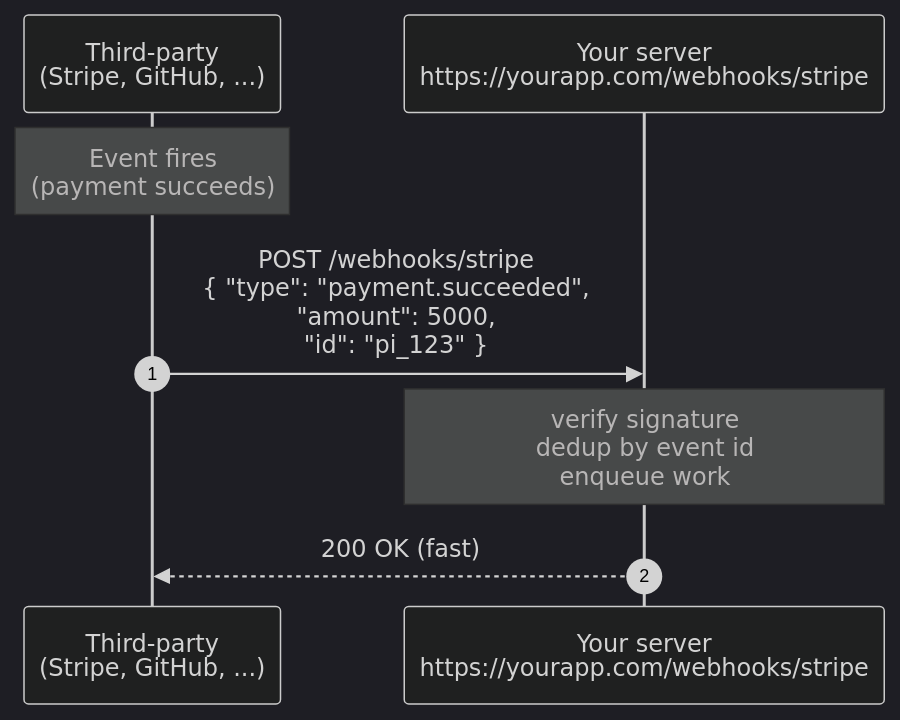
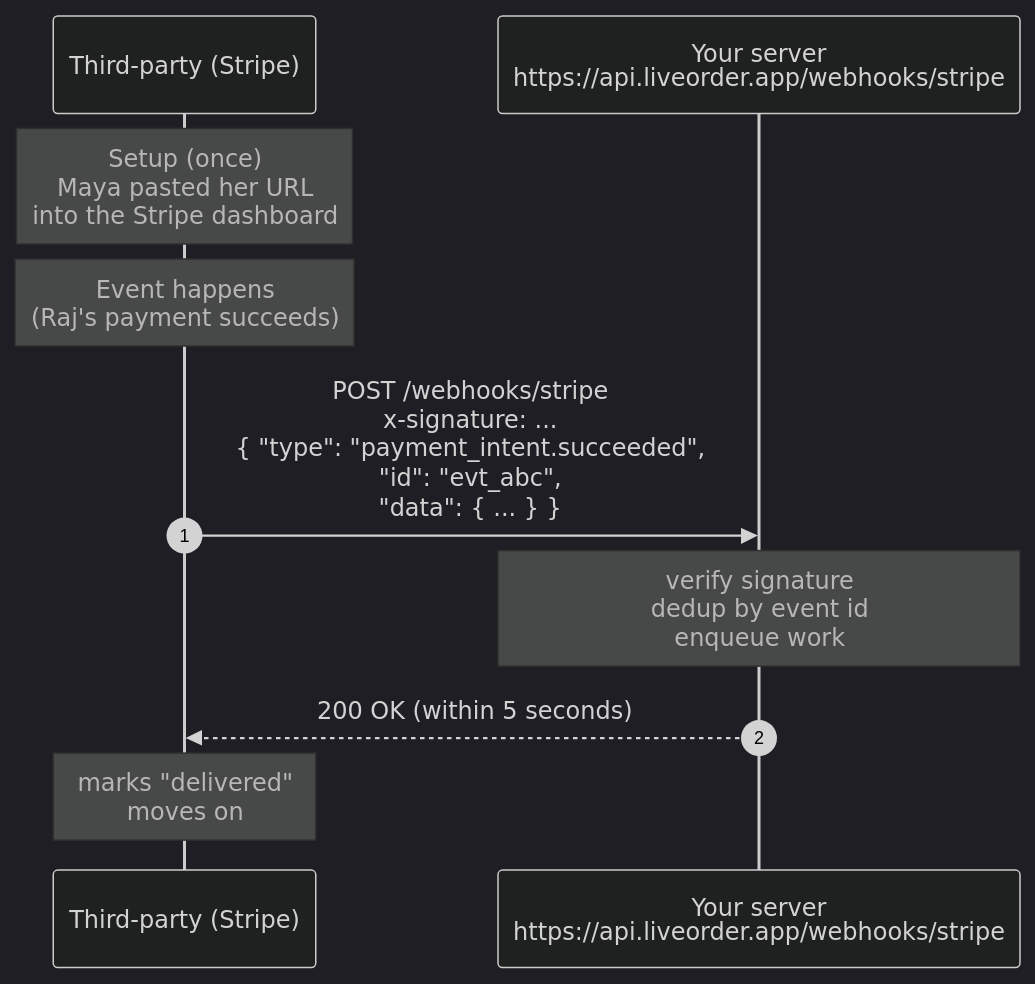
Before and after one commit to fnusatvik07/real-time-events: the first of 2 diagrams in concepts/03_webhooks.md, drawn with Mermaid (dark theme). The commit also changed other lines of this file and 7 other files, not shown here.

````diff
--- a/concepts/03_webhooks.md
+++ b/concepts/03_webhooks.md
@@ -11,10 +37,12 @@
 ```mermaid
 sequenceDiagram
     autonumber
-    participant T as Third-party<br/>(Stripe, GitHub, ...)
-    participant Y as Your server<br/>https://yourapp.com/webhooks/stripe
-    Note over T: Event fires<br/>(payment succeeds)
-    T->>Y: POST /webhooks/stripe<br/>{ "type": "payment.succeeded",<br/>  "amount": 5000,<br/>  "id": "pi_123" }
+    participant T as Third-party (Stripe)
+    participant Y as Your server<br/>https://api.liveorder.app/webhooks/stripe
+    Note over T: Setup (once)<br/>Maya pasted her URL<br/>into the Stripe dashboard
+    Note over T: Event happens<br/>(Raj's payment succeeds)
+    T->>Y: POST /webhooks/stripe<br/>x-signature: ...<br/>{ "type": "payment_intent.succeeded",<br/>  "id": "evt_abc",<br/>  "data": { ... } }
     Note over Y: verify signature<br/>dedup by event id<br/>enqueue work
-    Y-->>T: 200 OK (fast)
+    Y-->>T: 200 OK (within 5 seconds)
+    Note over T: marks "delivered"<br/>moves on
 ```
````
